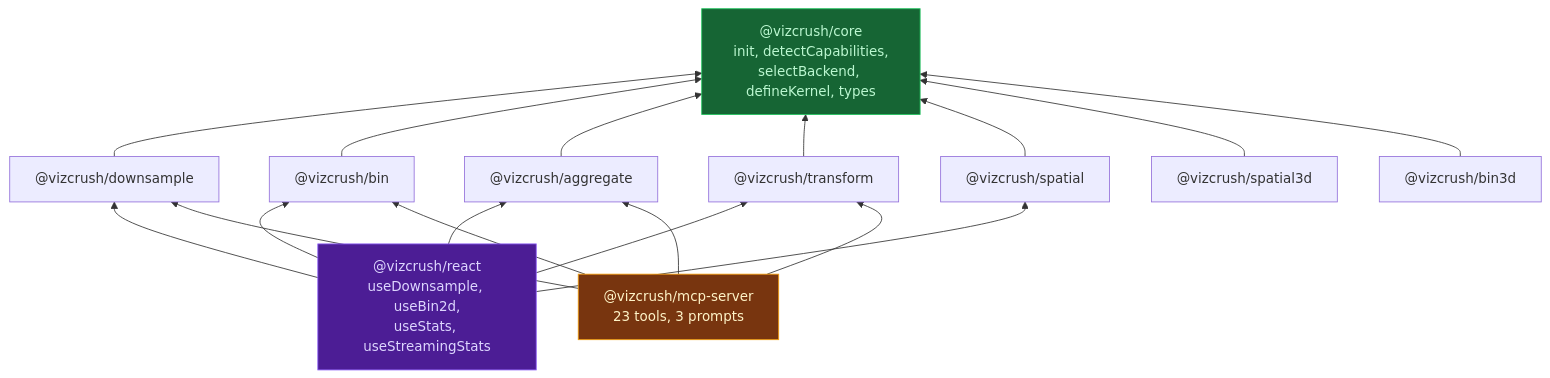
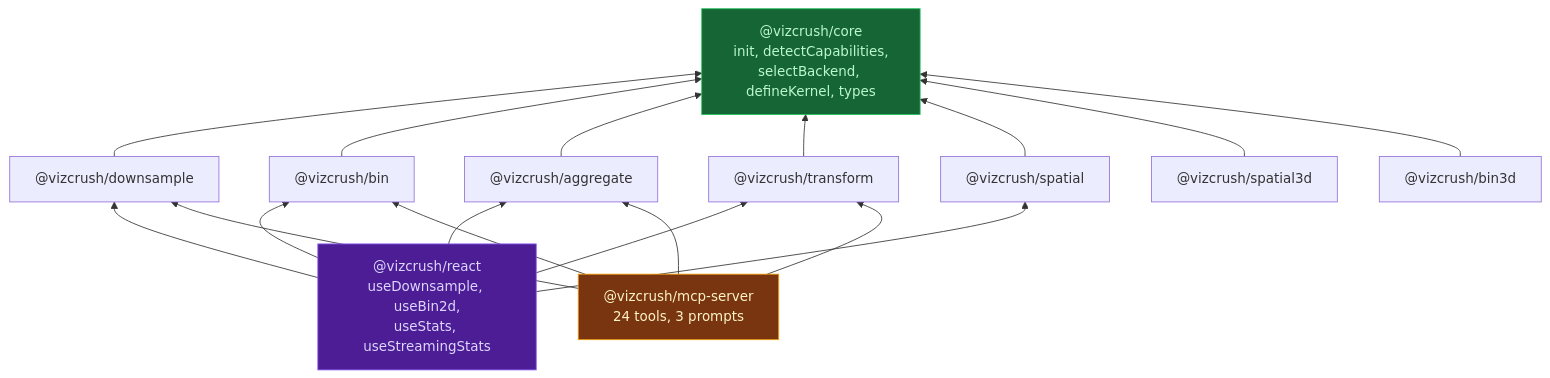
The eighth of 11 diagrams in docs/ARCHITECTURE.md (debug-diary-1/vizcrush), drawn with Mermaid before and after one commit. The commit also changed other lines of this file and 60 other files, not shown here.

````diff
--- a/docs/ARCHITECTURE.md
+++ b/docs/ARCHITECTURE.md
@@ -250,27 +250,27 @@
 ```mermaid
 flowchart BT
     CORE["@vizcrush/core<br/>init, detectCapabilities,<br/>selectBackend, defineKernel, types"]
 
     DOWN["@vizcrush/downsample"] --> CORE
     BIN["@vizcrush/bin"] --> CORE
     AGG["@vizcrush/aggregate"] --> CORE
     TRANS["@vizcrush/transform"] --> CORE
     SPAT["@vizcrush/spatial"] --> CORE
     SPAT3D["@vizcrush/spatial3d"] --> CORE
     BIN3D["@vizcrush/bin3d"] --> CORE
 
     REACT["@vizcrush/react<br/>useDownsample, useBin2d,<br/>useStats, useStreamingStats"] --> DOWN
     REACT --> BIN
     REACT --> AGG
     REACT --> TRANS
     REACT --> SPAT
 
-    MCP["@vizcrush/mcp-server<br/>23 tools, 3 prompts"] --> DOWN
+    MCP["@vizcrush/mcp-server<br/>24 tools, 3 prompts"] --> DOWN
     MCP --> BIN
     MCP --> AGG
     MCP --> TRANS
 
     style CORE fill:#166534,stroke:#22c55e,color:#bbf7d0
     style REACT fill:#4c1d95,stroke:#8b5cf6,color:#ddd6fe
     style MCP fill:#78350f,stroke:#f59e0b,color:#fef3c7
 ```
````
